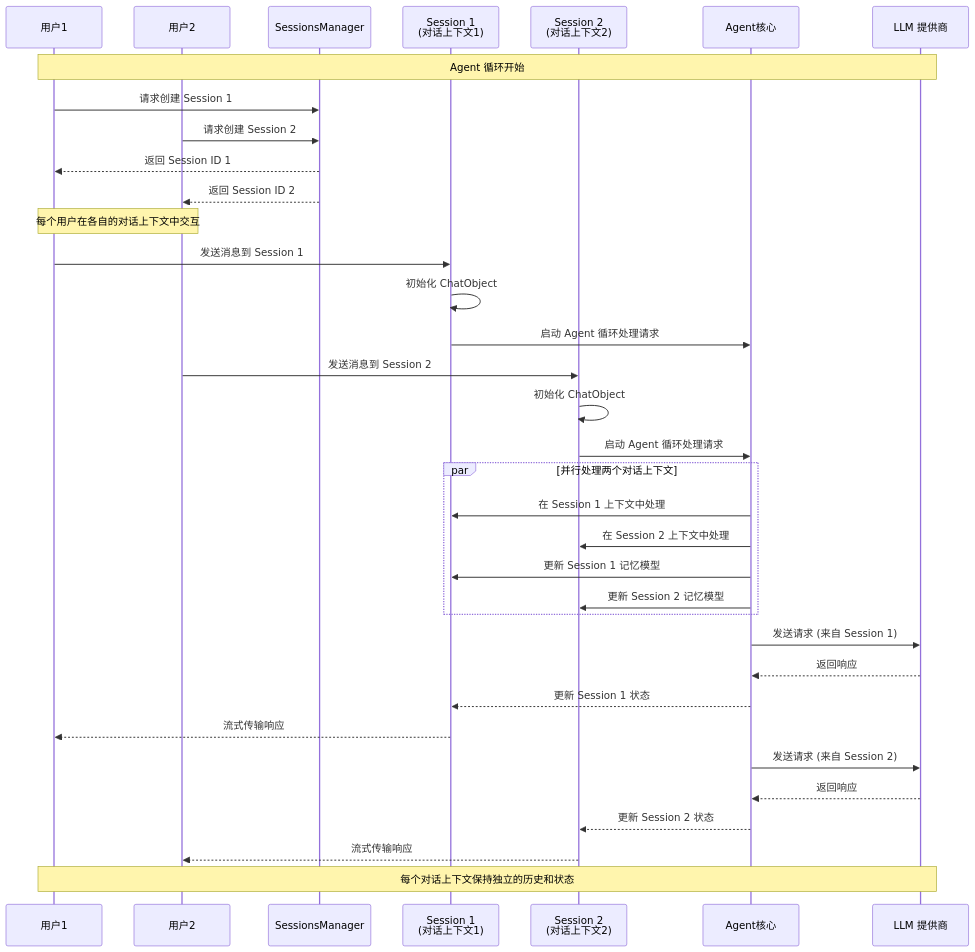
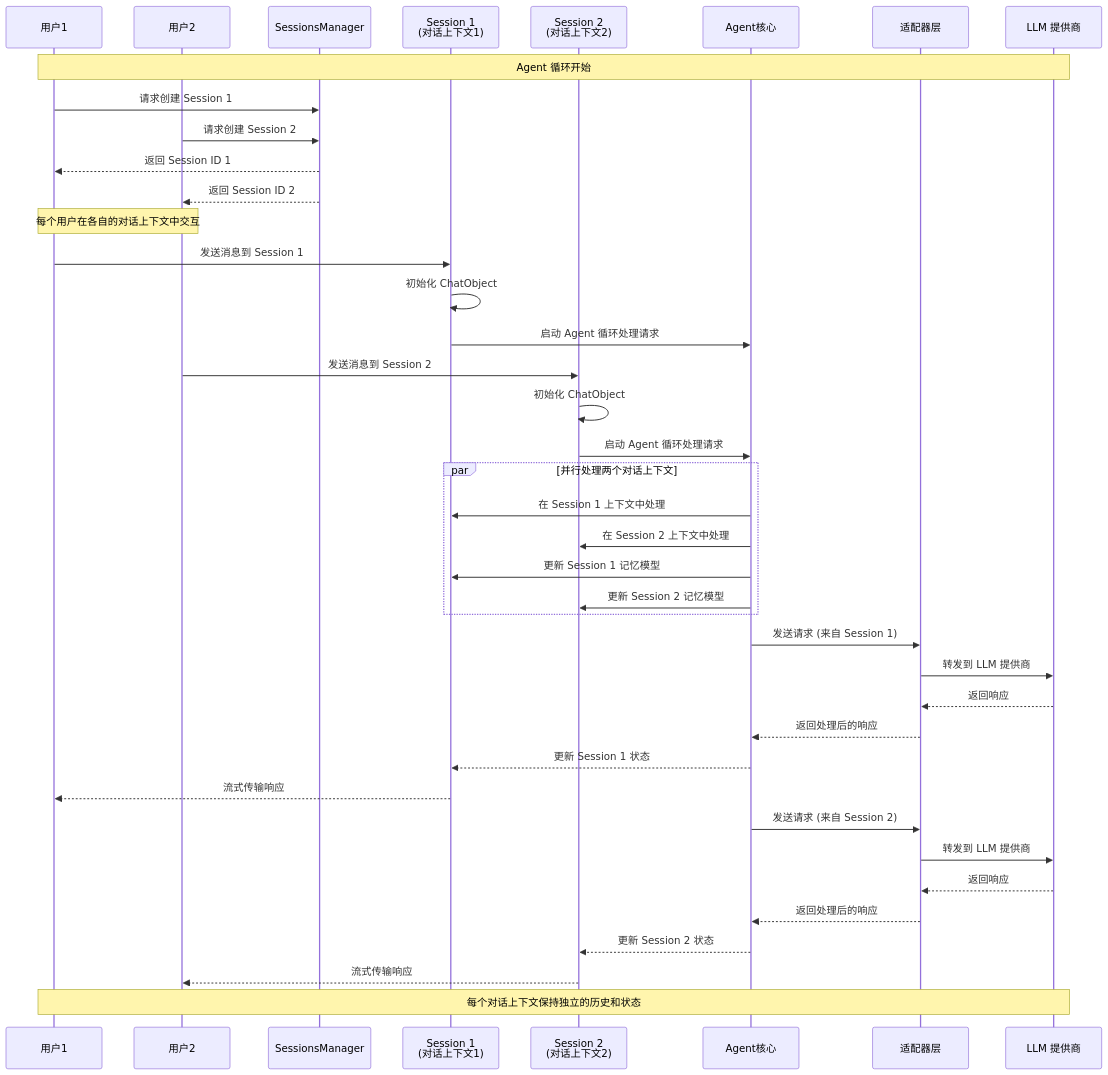
The third of 3 diagrams in docs/zh/guide/getting-started/architecture.md (AmritaBot/AmritaCore), drawn with Mermaid before and after one commit. The commit also changed other lines of this file and 6 other files, not shown here.

````diff
--- a/docs/zh/guide/getting-started/architecture.md
+++ b/docs/zh/guide/getting-started/architecture.md
@@ -85,46 +93,51 @@
 ```mermaid
 sequenceDiagram
     participant User1 as 用户1
     participant User2 as 用户2
     participant SM as SessionsManager
     participant S1 as Session 1<br/>(对话上下文1)
     participant S2 as Session 2<br/>(对话上下文2)
     participant Agent as Agent核心
+    participant Adapter as 适配器层
     participant LLM as LLM 提供商
 
     Note over User1,LLM: Agent 循环开始
     User1->>SM: 请求创建 Session 1
     User2->>SM: 请求创建 Session 2
     SM-->>User1: 返回 Session ID 1
     SM-->>User2: 返回 Session ID 2
 
     Note over User1,User2: 每个用户在各自的对话上下文中交互
 
     User1->>S1: 发送消息到 Session 1
     S1->>S1: 初始化 ChatObject
     S1->>Agent: 启动 Agent 循环处理请求
 
     User2->>S2: 发送消息到 Session 2
     S2->>S2: 初始化 ChatObject
     S2->>Agent: 启动 Agent 循环处理请求
 
     par 并行处理两个对话上下文
         Agent->>S1: 在 Session 1 上下文中处理
         Agent->>S2: 在 Session 2 上下文中处理
 
         Agent->>S1: 更新 Session 1 记忆模型
         Agent->>S2: 更新 Session 2 记忆模型
     end
 
-    Agent->>LLM: 发送请求 (来自 Session 1)
-    LLM-->>Agent: 返回响应
+    Agent->>Adapter: 发送请求 (来自 Session 1)
+    Adapter->>LLM: 转发到 LLM 提供商
+    LLM-->>Adapter: 返回响应
+    Adapter-->>Agent: 返回处理后的响应
     Agent-->>S1: 更新 Session 1 状态
     S1-->>User1: 流式传输响应
 
-    Agent->>LLM: 发送请求 (来自 Session 2)
-    LLM-->>Agent: 返回响应
+    Agent->>Adapter: 发送请求 (来自 Session 2)
+    Adapter->>LLM: 转发到 LLM 提供商
+    LLM-->>Adapter: 返回响应
+    Adapter-->>Agent: 返回处理后的响应
     Agent-->>S2: 更新 Session 2 状态
     S2-->>User2: 流式传输响应
 
     Note over User1,LLM: 每个对话上下文保持独立的历史和状态
 ```
````
